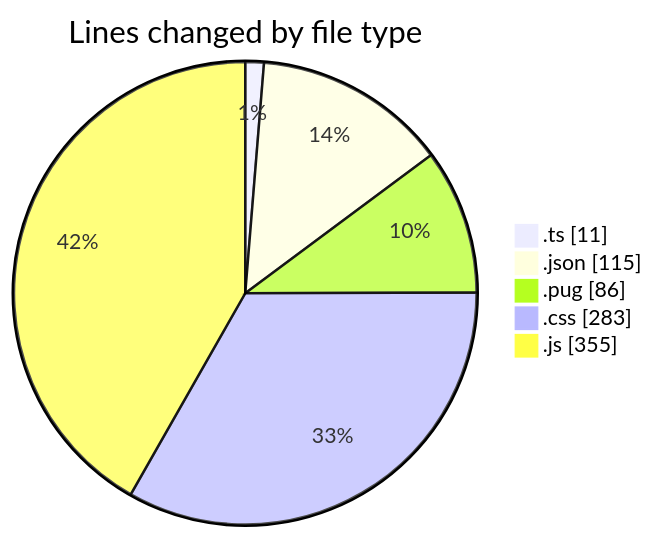
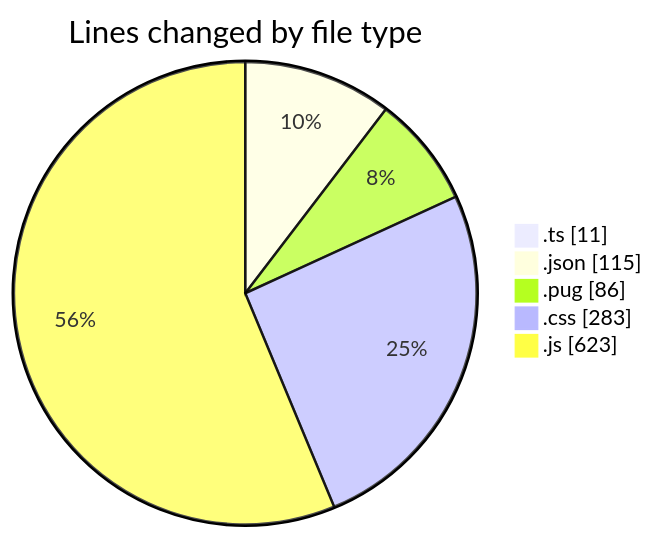
Before and after one commit to momahboobian/code-tracking: the first of 2 diagrams in 2025-02-24/cda/README.md, drawn with Mermaid. The commit also changed other lines of this file and 1 other file, not shown here.

````diff
--- a/2025-02-24/cda/README.md
+++ b/2025-02-24/cda/README.md
@@ -31,9 +31,9 @@
 ```mermaid
 pie showData
 title Lines changed by file type
 ".ts" : 11
 ".json" : 115
 ".pug" : 86
 ".css" : 283
-".js" : 355
+".js" : 623
 ```
````
